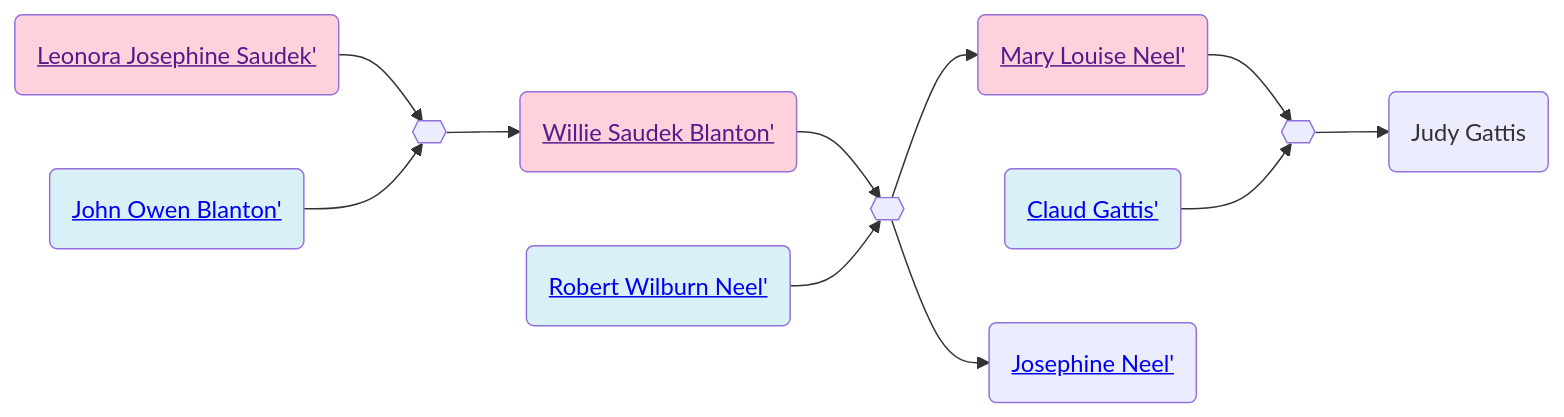
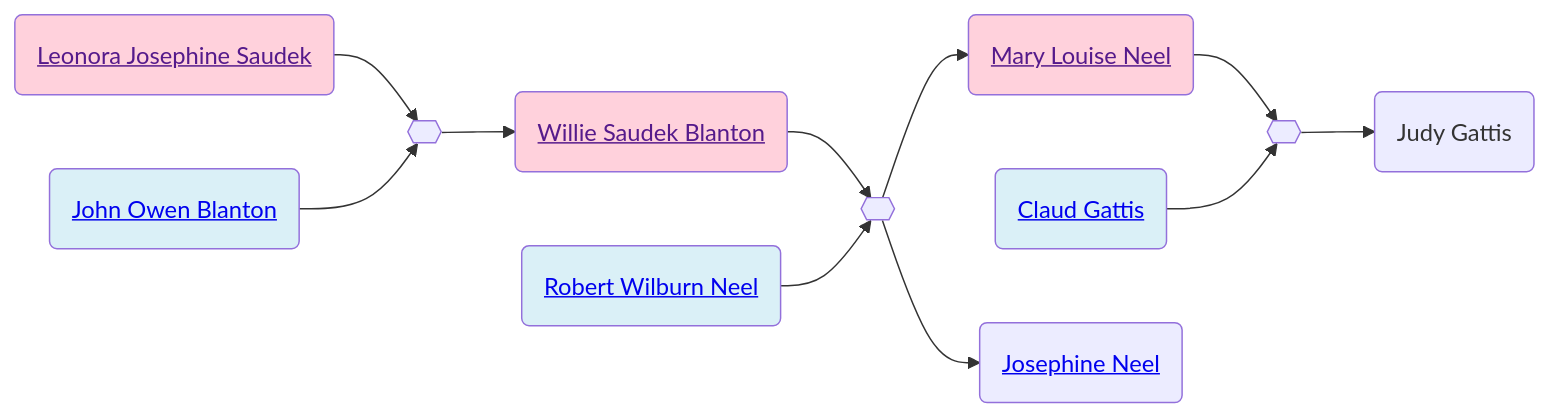
The second of 2 diagrams in familyhistory/sources/people/Neel-line/Blanton-line/Saudek-line/Leonora_Josephine_Saudek.qmd (neelsmith/avocational), drawn with Mermaid before and after one commit. The commit also changed other lines of this file and 96 other files, not shown here.

````diff
--- a/familyhistory/sources/people/Neel-line/Blanton-line/Saudek-line/Leonora_Josephine_Saudek.qmd
+++ b/familyhistory/sources/people/Neel-line/Blanton-line/Saudek-line/Leonora_Josephine_Saudek.qmd
@@ -43,29 +43,29 @@
 ```{mermaid}
 graph LR
 %% LR descendant diagram
 class Leonora_Josephine_Saudek_and_John_Owen_Blanton marriage
-Leonora_Josephine_Saudek(<a href=''>Leonora Josephine Saudek'</>) --> Leonora_Josephine_Saudek_and_John_Owen_Blanton{{ }}
-John_Owen_Blanton(<a href='./../John_Owen_Blanton.html'>John Owen Blanton'</>) --> Leonora_Josephine_Saudek_and_John_Owen_Blanton{{ }}
+Leonora_Josephine_Saudek(<a href=''>Leonora Josephine Saudek</a>) --> Leonora_Josephine_Saudek_and_John_Owen_Blanton{{ }}
+John_Owen_Blanton(<a href='./../John_Owen_Blanton.html'>John Owen Blanton</a>) --> Leonora_Josephine_Saudek_and_John_Owen_Blanton{{ }}
 class John_Owen_Blanton father
 class Leonora_Josephine_Saudek mother
-Leonora_Josephine_Saudek_and_John_Owen_Blanton{{ }} --> Willie_Saudek_Blanton(<a href='./../Willie_Saudek_Blanton.html'>Willie Saudek Blanton'</>)
+Leonora_Josephine_Saudek_and_John_Owen_Blanton{{ }} --> Willie_Saudek_Blanton(<a href='./../Willie_Saudek_Blanton.html'>Willie Saudek Blanton</a>)
 class Willie_Saudek_Blanton_and_Robert_Wilburn_Neel marriage
-Willie_Saudek_Blanton(<a href=''>Willie Saudek Blanton'</>) --> Willie_Saudek_Blanton_and_Robert_Wilburn_Neel{{ }}
-Robert_Wilburn_Neel(<a href='./../Robert_Wilburn_Neel.html'>Robert Wilburn Neel'</>) --> Willie_Saudek_Blanton_and_Robert_Wilburn_Neel{{ }}
+Willie_Saudek_Blanton(<a href=''>Willie Saudek Blanton</a>) --> Willie_Saudek_Blanton_and_Robert_Wilburn_Neel{{ }}
+Robert_Wilburn_Neel(<a href='./../Robert_Wilburn_Neel.html'>Robert Wilburn Neel</a>) --> Willie_Saudek_Blanton_and_Robert_Wilburn_Neel{{ }}
 class Robert_Wilburn_Neel father
 class Willie_Saudek_Blanton mother
-Willie_Saudek_Blanton_and_Robert_Wilburn_Neel{{ }} --> Mary_Louise_Neel(<a href='./../Mary_Louise_Neel.html'>Mary Louise Neel'</>)
+Willie_Saudek_Blanton_and_Robert_Wilburn_Neel{{ }} --> Mary_Louise_Neel(<a href='./../Mary_Louise_Neel.html'>Mary Louise Neel</a>)
 class Mary_Louise_Neel_and_Claud_Gattis marriage
-Mary_Louise_Neel(<a href=''>Mary Louise Neel'</>) --> Mary_Louise_Neel_and_Claud_Gattis{{ }}
-Claud_Gattis(<a href='./../Gattis-line/Claud_Gattis.html'>Claud Gattis'</>) --> Mary_Louise_Neel_and_Claud_Gattis{{ }}
+Mary_Louise_Neel(<a href=''>Mary Louise Neel</a>) --> Mary_Louise_Neel_and_Claud_Gattis{{ }}
+Claud_Gattis(<a href='./../Gattis-line/Claud_Gattis.html'>Claud Gattis</a>) --> Mary_Louise_Neel_and_Claud_Gattis{{ }}
 class Claud_Gattis father
 class Mary_Louise_Neel mother
 Mary_Louise_Neel_and_Claud_Gattis{{ }} --> Judy_Gattis(Judy Gattis)
 class Robert_Wilburn_Neel father
 class Willie_Saudek_Blanton mother
-Willie_Saudek_Blanton_and_Robert_Wilburn_Neel{{ }} --> Josephine_Neel(<a href='./../Josephine_Neel.html'>Josephine Neel'</>)
+Willie_Saudek_Blanton_and_Robert_Wilburn_Neel{{ }} --> Josephine_Neel(<a href='./../Josephine_Neel.html'>Josephine Neel</a>)
 classDef mother fill:#ffd1dc
 classDef father fill:#daf0f7  
 classDef marriage fill:#ffffff
 
 ```
````
